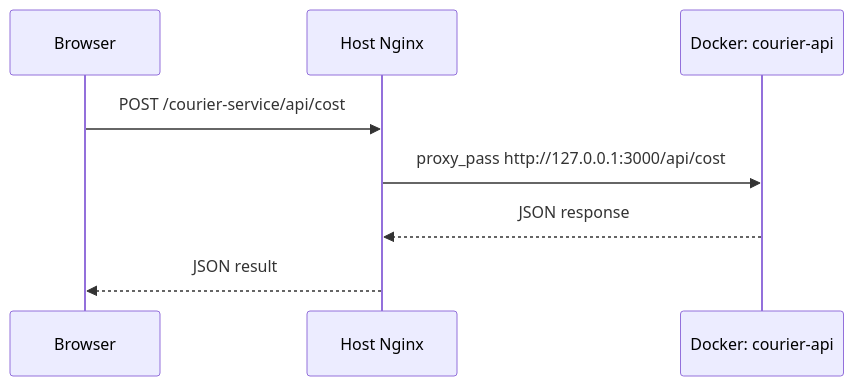
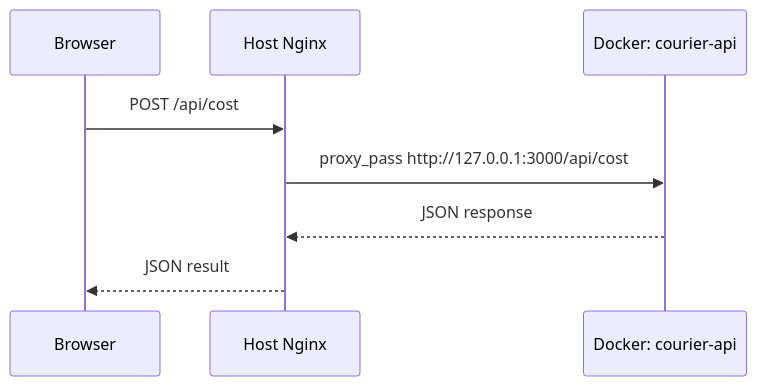
Before and after one commit to nurulizyansyaza/courier-service: the sixth of 6 diagrams in ARCHITECTURE.md, drawn with Mermaid. The commit also changed other lines of this file and 15 other files, not shown here.

````diff
--- a/ARCHITECTURE.md
+++ b/ARCHITECTURE.md
@@ -164,11 +164,11 @@
 ```mermaid
 sequenceDiagram
     participant B as Browser
     participant N as Host Nginx
     participant API as Docker: courier-api
 
-    B->>N: POST /courier-service/api/cost
+    B->>N: POST /api/cost
     N->>API: proxy_pass http://127.0.0.1:3000/api/cost
     API-->>N: JSON response
     N-->>B: JSON result
 ```
````
